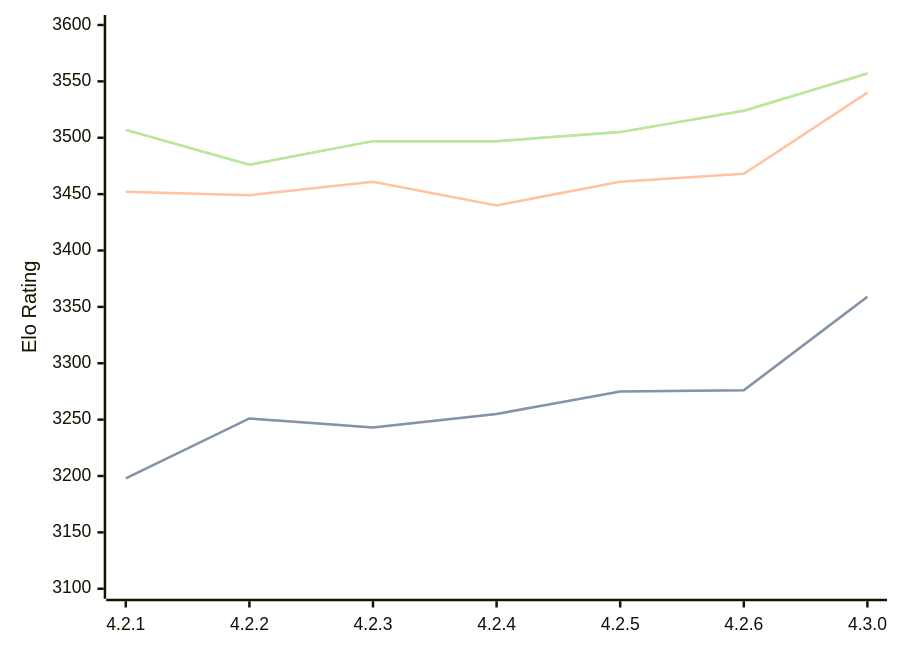
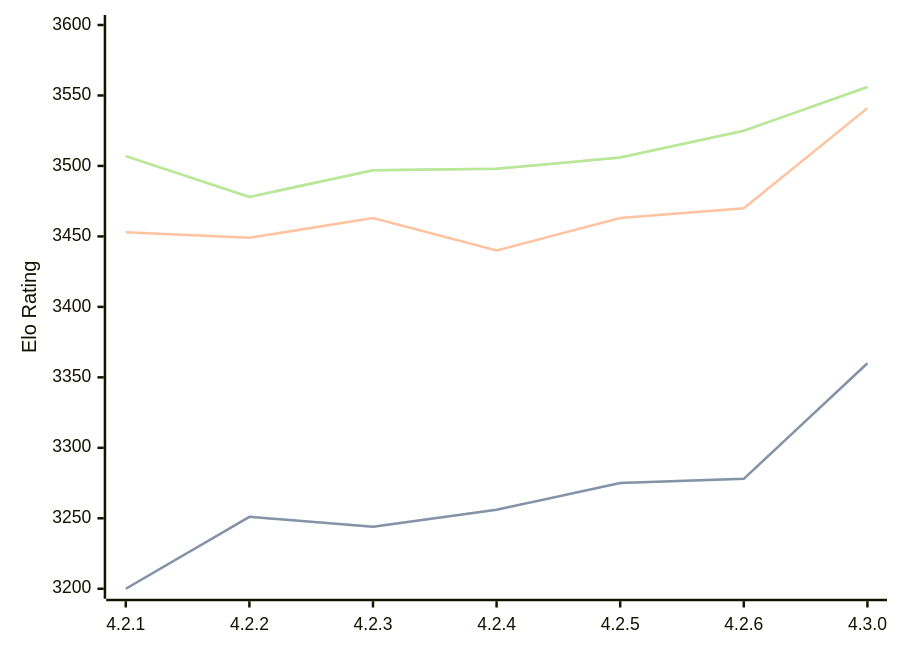
One commit to computer-chess-index/cci changed the diagram in engines/Gaia.md. Above: the diagram before and after it, drawn with Mermaid. The commit also changed other lines of this file, not shown here.

Commit message:
Update CCI Ratings (ELO VLTC) - 2026-09-13

````diff
--- a/engines/Gaia.md
+++ b/engines/Gaia.md
@@ -42,11 +42,11 @@
 ```mermaid
 %%{init: {"theme":"base","themeVariables":{"seriesColors:['#a3a3a3','#222221','#faa371']}}}%%
 xychart-beta
   x-axis ["4.2.1", "4.2.2", "4.2.3", "4.2.4", "4.2.5", "4.2.6", "4.3.0"]
-  y-axis "Elo Rating" 3100 --> 3600
-  line "" [3198, 3251, 3243, 3255, 3275, 3276, 3359]
-  line "STC (8.0+0.08s)" [3198, 3251, 3243, 3255, 3275, 3276, 3359]
-  line "LTC (60.0+0.60s)" [3452, 3449, 3461, 3440, 3461, 3468, 3540]
-  line "" [3507, 3476, 3497, 3497, 3505, 3524, 3557]
-  line "VLTC (2m24s+1.12s)" [3507, 3476, 3497, 3497, 3505, 3524, 3557]
+  y-axis "Elo Rating" 3200 --> 3600
+  line "" [3200, 3251, 3244, 3256, 3275, 3278, 3360]
+  line "STC (8.0+0.08s)" [3200, 3251, 3244, 3256, 3275, 3278, 3360]
+  line "LTC (60.0+0.60s)" [3453, 3449, 3463, 3440, 3463, 3470, 3541]
+  line "" [3507, 3478, 3497, 3498, 3506, 3525, 3556]
+  line "VLTC (2m24s+1.12s)" [3507, 3478, 3497, 3498, 3506, 3525, 3556]
 ```
````
